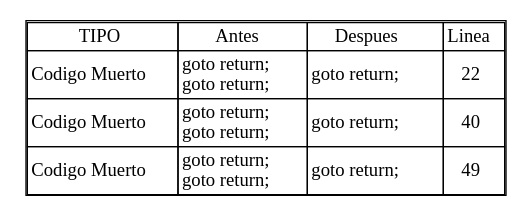
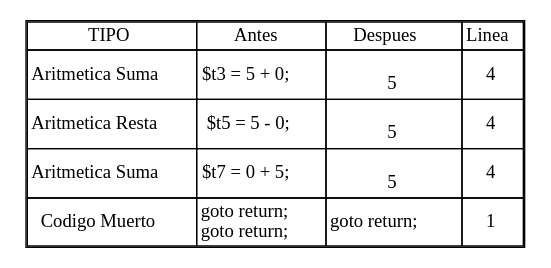
One commit to carlosE17/OLC2P2Junio2020 changed the diagram in reporteOptimizacion_minorC.dot. Above: the diagram before and after it, drawn with Graphviz. The commit also changed 10 other files, not shown here.

```diff
--- a/reporteOptimizacion_minorC.dot
+++ b/reporteOptimizacion_minorC.dot
@@ -1,8 +1,25 @@
 digraph {
 node0 [    shape=plaintext
     label=<
 
       <table cellspacing='0'>
       <tr><td>TIPO</td><td>Antes</td><td>Despues</td><td>Linea</td></tr>
-<tr><td>Codigo Muerto</td><td>goto return; <br/> goto return;</td><td> goto return; </td><td>22</td></tr><tr><td>Codigo Muerto</td><td>goto return; <br/> goto return;</td><td> goto return; </td><td>40</td></tr><tr><td>Codigo Muerto</td><td>goto return; <br/> goto return;</td><td> goto return; </td><td>49</td></tr>    </table>
+
+<tr><td>Aritmetica Suma</td><td>
+
+$t3 = 5 + 0;
+</td><td>
+
+<br/>5</td><td>4</td></tr>
+<tr><td>Aritmetica Resta</td><td>
+
+$t5 = 5 - 0;
+</td><td>
+
+<br/>5</td><td>4</td></tr><tr><td>Aritmetica Suma</td><td>
+
+$t7 = 0 + 5;
+</td><td>
+
+<br/>5</td><td>4</td></tr><tr><td>Codigo Muerto</td><td>goto return; <br/> goto return;</td><td> goto return; </td><td>1</td></tr>    </table>
 >];}
```
